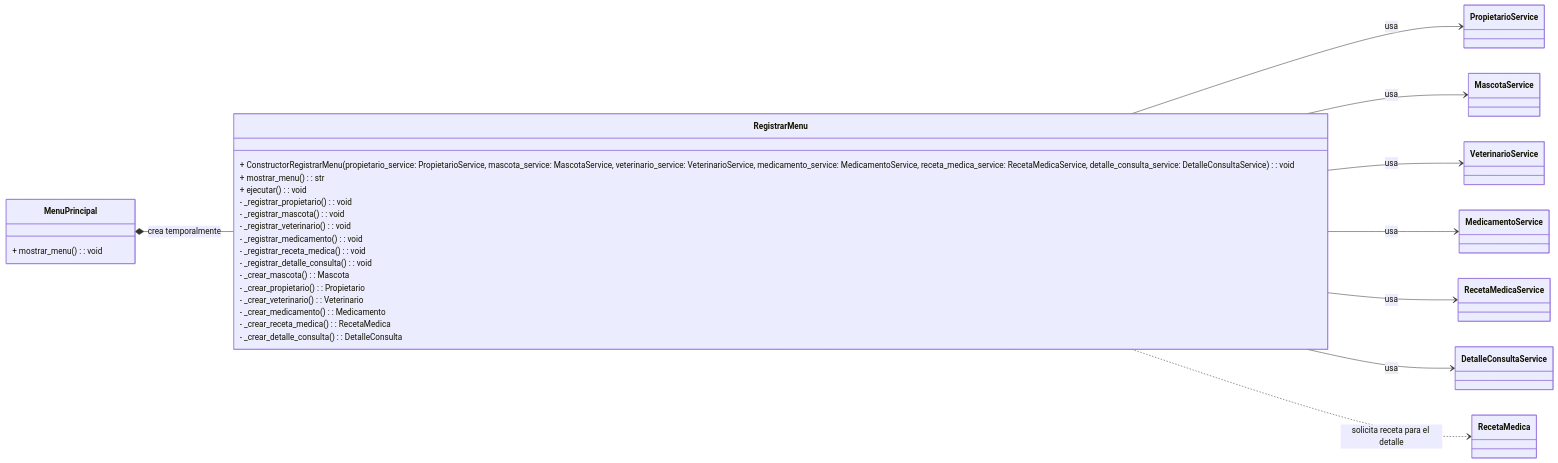
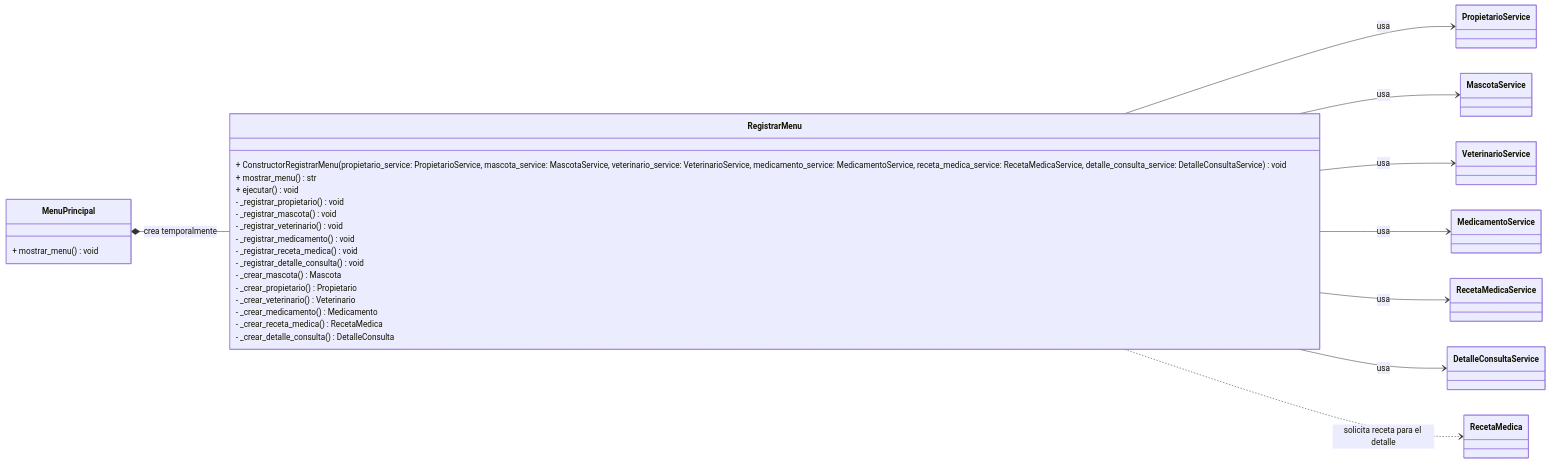
Before and after one commit to josetomash/veterinaria: the fifth of 6 diagrams in README.md, drawn with Mermaid. The commit also changed other lines of this file, not shown here.

````diff
--- a/README.md
+++ b/README.md
@@ -599,44 +599,44 @@
 ```mermaid
 classDiagram
     direction LR
 
     class MenuPrincipal {
-        + mostrar_menu() : void
+        + mostrar_menu() void
     }
 
     class RegistrarMenu {
-        + ConstructorRegistrarMenu(propietario_service: PropietarioService, mascota_service: MascotaService, veterinario_service: VeterinarioService, medicamento_service: MedicamentoService, receta_medica_service: RecetaMedicaService, detalle_consulta_service: DetalleConsultaService) : void
-        + mostrar_menu() : str
-        + ejecutar() : void
-        - _registrar_propietario() : void
-        - _registrar_mascota() : void
-        - _registrar_veterinario() : void
-        - _registrar_medicamento() : void
-        - _registrar_receta_medica() : void
-        - _registrar_detalle_consulta() : void
-        - _crear_mascota() : Mascota
-        - _crear_propietario() : Propietario
-        - _crear_veterinario() : Veterinario
-        - _crear_medicamento() : Medicamento
-        - _crear_receta_medica() : RecetaMedica
-        - _crear_detalle_consulta() : DetalleConsulta
+        + ConstructorRegistrarMenu(propietario_service: PropietarioService, mascota_service: MascotaService, veterinario_service: VeterinarioService, medicamento_service: MedicamentoService, receta_medica_service: RecetaMedicaService, detalle_consulta_service: DetalleConsultaService) void
+        + mostrar_menu() str
+        + ejecutar() void
+        - _registrar_propietario() void
+        - _registrar_mascota() void
+        - _registrar_veterinario() void
+        - _registrar_medicamento() void
+        - _registrar_receta_medica() void
+        - _registrar_detalle_consulta() void
+        - _crear_mascota() Mascota
+        - _crear_propietario() Propietario
+        - _crear_veterinario() Veterinario
+        - _crear_medicamento() Medicamento
+        - _crear_receta_medica() RecetaMedica
+        - _crear_detalle_consulta() DetalleConsulta
     }
 
     class PropietarioService
     class MascotaService
     class VeterinarioService
     class MedicamentoService
     class RecetaMedicaService
     class DetalleConsultaService
     class RecetaMedica
 
     MenuPrincipal *-- RegistrarMenu : crea temporalmente
 
     RegistrarMenu --> PropietarioService : usa
     RegistrarMenu --> MascotaService : usa
     RegistrarMenu --> VeterinarioService : usa
     RegistrarMenu --> MedicamentoService : usa
     RegistrarMenu --> RecetaMedicaService : usa
     RegistrarMenu --> DetalleConsultaService : usa
     RegistrarMenu ..> RecetaMedica : solicita receta para el detalle
 ```
````
